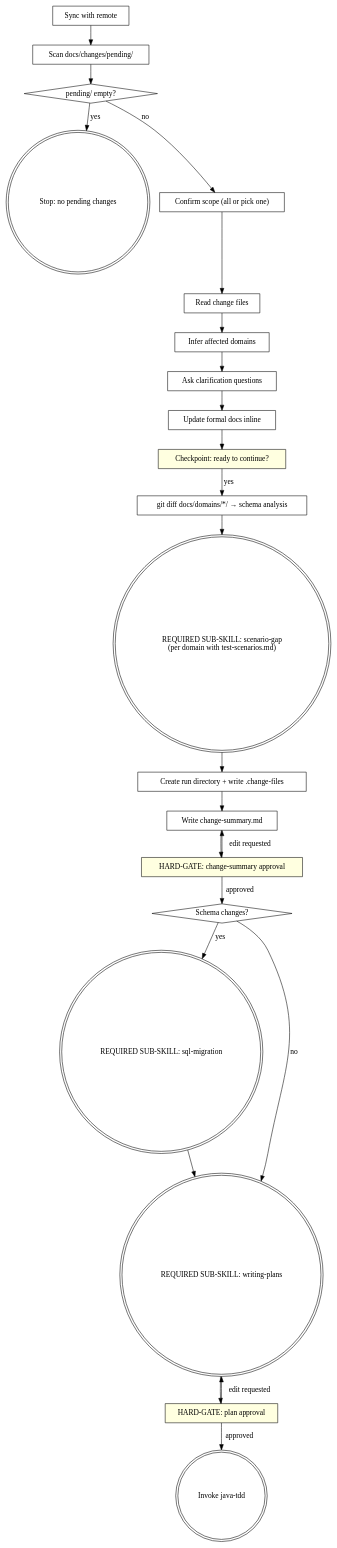
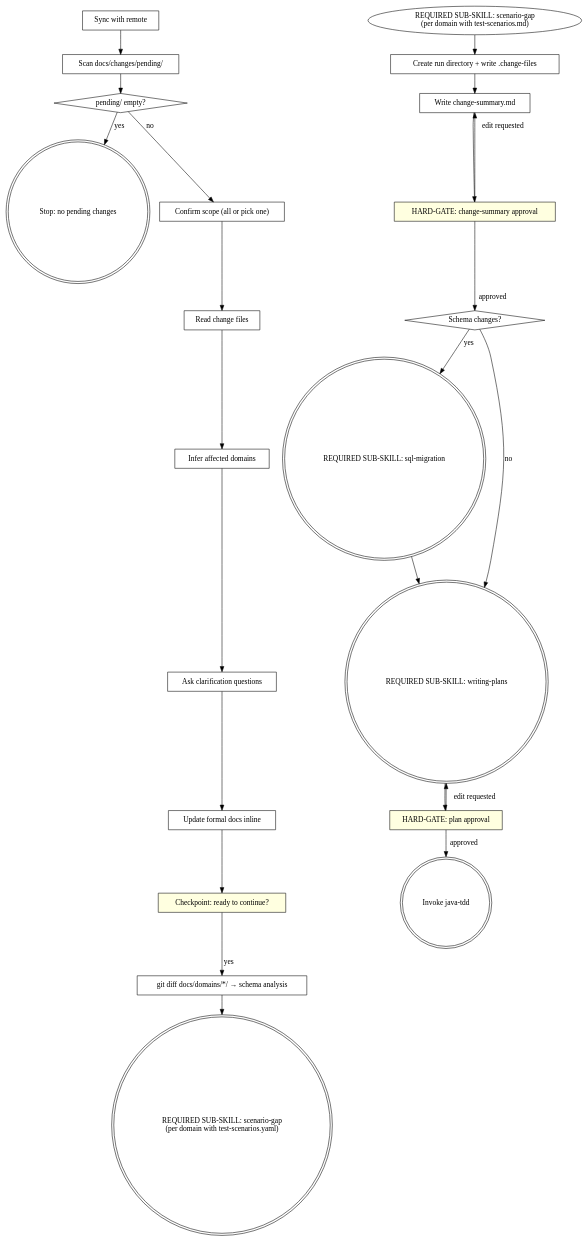
One commit to honghaowuu/jkit changed the diagram in skills/spec-delta/SKILL.md. Above: the diagram before and after it, drawn with Graphviz. The commit also changed other lines of this file, not shown here.

Commit message:
fix: update remaining test-scenarios.md references to .yaml in spec-delta

````diff
--- a/skills/spec-delta/SKILL.md
+++ b/skills/spec-delta/SKILL.md
@@ -30,47 +30,47 @@
 ```dot
 digraph spec_delta {
     "Sync with remote" [shape=box];
     "Scan docs/changes/pending/" [shape=box];
     "pending/ empty?" [shape=diamond];
     "Stop: no pending changes" [shape=doublecircle];
     "Confirm scope (all or pick one)" [shape=box];
     "Read change files" [shape=box];
     "Infer affected domains" [shape=box];
     "Ask clarification questions" [shape=box];
     "Update formal docs inline" [shape=box];
     "Checkpoint: ready to continue?" [shape=box style=filled fillcolor=lightyellow];
     "git diff docs/domains/*/ → schema analysis" [shape=box];
-    "REQUIRED SUB-SKILL: scenario-gap\n(per domain with test-scenarios.md)" [shape=doublecircle];
+    "REQUIRED SUB-SKILL: scenario-gap\n(per domain with test-scenarios.yaml)" [shape=doublecircle];
     "Create run directory + write .change-files" [shape=box];
     "Write change-summary.md" [shape=box];
     "HARD-GATE: change-summary approval" [shape=box style=filled fillcolor=lightyellow];
     "Schema changes?" [shape=diamond];
     "REQUIRED SUB-SKILL: sql-migration" [shape=doublecircle];
     "REQUIRED SUB-SKILL: writing-plans" [shape=doublecircle];
     "HARD-GATE: plan approval" [shape=box style=filled fillcolor=lightyellow];
     "Invoke java-tdd" [shape=doublecircle];
 
     "Sync with remote" -> "Scan docs/changes/pending/";
     "Scan docs/changes/pending/" -> "pending/ empty?";
     "pending/ empty?" -> "Stop: no pending changes" [label="yes"];
     "pending/ empty?" -> "Confirm scope (all or pick one)" [label="no"];
     "Confirm scope (all or pick one)" -> "Read change files";
     "Read change files" -> "Infer affected domains";
     "Infer affected domains" -> "Ask clarification questions";
     "Ask clarification questions" -> "Update formal docs inline";
     "Update formal docs inline" -> "Checkpoint: ready to continue?";
     "Checkpoint: ready to continue?" -> "git diff docs/domains/*/ → schema analysis" [label="yes"];
-    "git diff docs/domains/*/ → schema analysis" -> "REQUIRED SUB-SKILL: scenario-gap\n(per domain with test-scenarios.md)";
+    "git diff docs/domains/*/ → schema analysis" -> "REQUIRED SUB-SKILL: scenario-gap\n(per domain with test-scenarios.yaml)";
     "REQUIRED SUB-SKILL: scenario-gap\n(per domain with test-scenarios.md)" -> "Create run directory + write .change-files";
     "Create run directory + write .change-files" -> "Write change-summary.md";
     "Write change-summary.md" -> "HARD-GATE: change-summary approval";
     "HARD-GATE: change-summary approval" -> "Write change-summary.md" [label="edit requested"];
     "HARD-GATE: change-summary approval" -> "Schema changes?" [label="approved"];
     "Schema changes?" -> "REQUIRED SUB-SKILL: sql-migration" [label="yes"];
     "Schema changes?" -> "REQUIRED SUB-SKILL: writing-plans" [label="no"];
     "REQUIRED SUB-SKILL: sql-migration" -> "REQUIRED SUB-SKILL: writing-plans";
     "REQUIRED SUB-SKILL: writing-plans" -> "HARD-GATE: plan approval";
     "HARD-GATE: plan approval" -> "Invoke java-tdd" [label="approved"];
     "HARD-GATE: plan approval" -> "REQUIRED SUB-SKILL: writing-plans" [label="edit requested"];
 }
 ```
````
